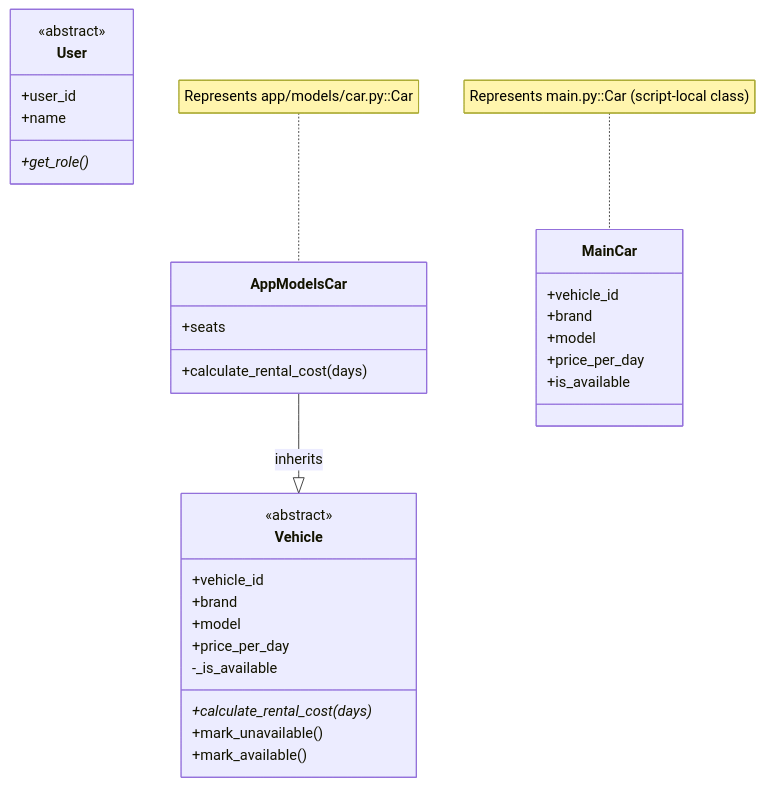
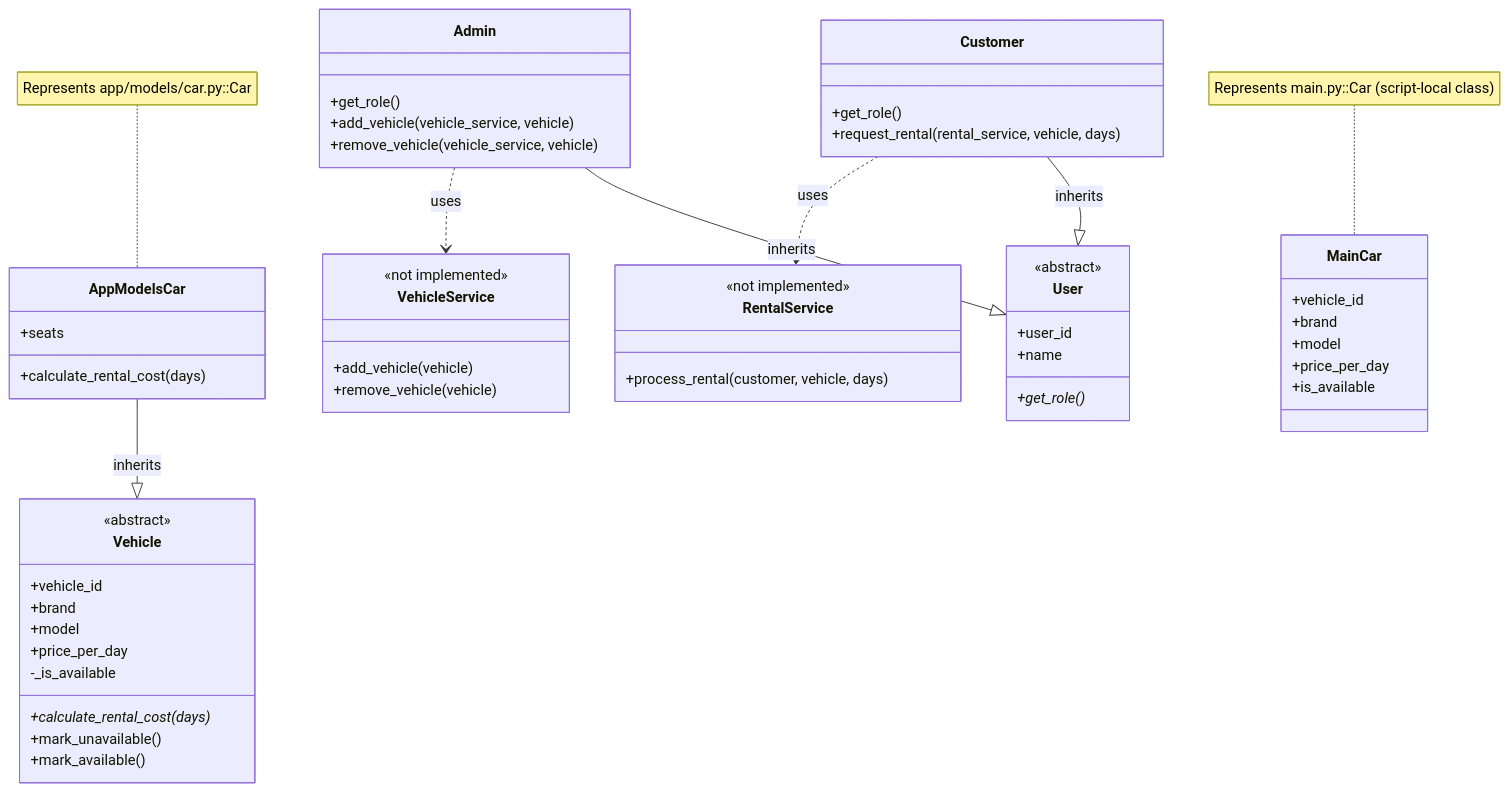
One commit to imran-ahmed377/fantastic-guide changed the diagram in UML_CLASS_DIAGRAM.md. Above: the diagram before and after it, drawn with Mermaid. The commit also changed other lines of this file and 4 other files, not shown here.

Commit message:
Add Customer and Admin classes with role methods; implement rental request and vehicle management functionality

````diff
--- a/UML_CLASS_DIAGRAM.md
+++ b/UML_CLASS_DIAGRAM.md
@@ -3,41 +3,68 @@
 ```mermaid
 classDiagram
     direction TB
 
     class User {
         <<abstract>>
         +user_id
         +name
         +get_role()*
     }
 
     class Vehicle {
         <<abstract>>
         +vehicle_id
         +brand
         +model
         +price_per_day
         -_is_available
         +calculate_rental_cost(days)*
         +mark_unavailable()
         +mark_available()
     }
 
     class AppModelsCar {
         +seats
         +calculate_rental_cost(days)
     }
 
+    class Customer {
+        +get_role()
+        +request_rental(rental_service, vehicle, days)
+    }
+
+    class Admin {
+        +get_role()
+        +add_vehicle(vehicle_service, vehicle)
+        +remove_vehicle(vehicle_service, vehicle)
+    }
+
     class MainCar {
         +vehicle_id
         +brand
         +model
         +price_per_day
         +is_available
     }
 
+    class RentalService {
+        <<not implemented>>
+        +process_rental(customer, vehicle, days)
+    }
+
+    class VehicleService {
+        <<not implemented>>
+        +add_vehicle(vehicle)
+        +remove_vehicle(vehicle)
+    }
+
     AppModelsCar --|> Vehicle : inherits
+    Customer --|> User : inherits
+    Admin --|> User : inherits
+
+    Customer ..> RentalService : uses
+    Admin ..> VehicleService : uses
 
     note for AppModelsCar "Represents app/models/car.py::Car"
     note for MainCar "Represents main.py::Car (script-local class)"
 ```
````
